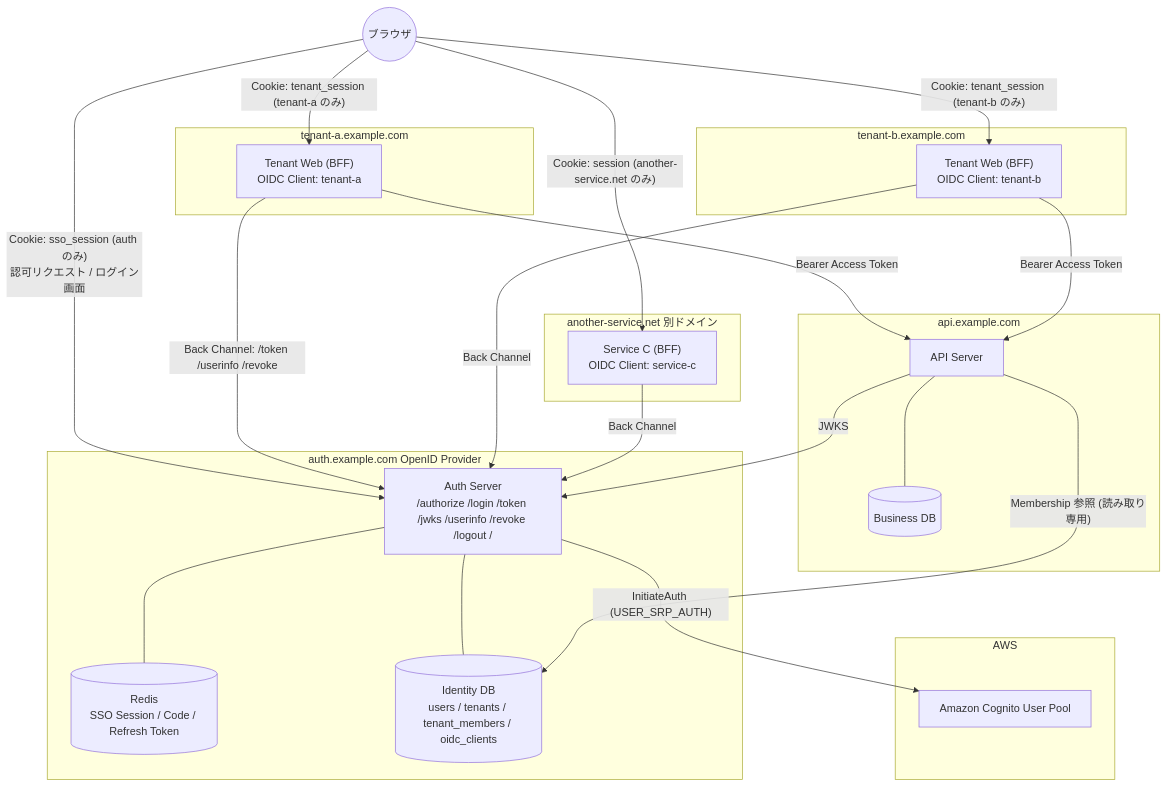
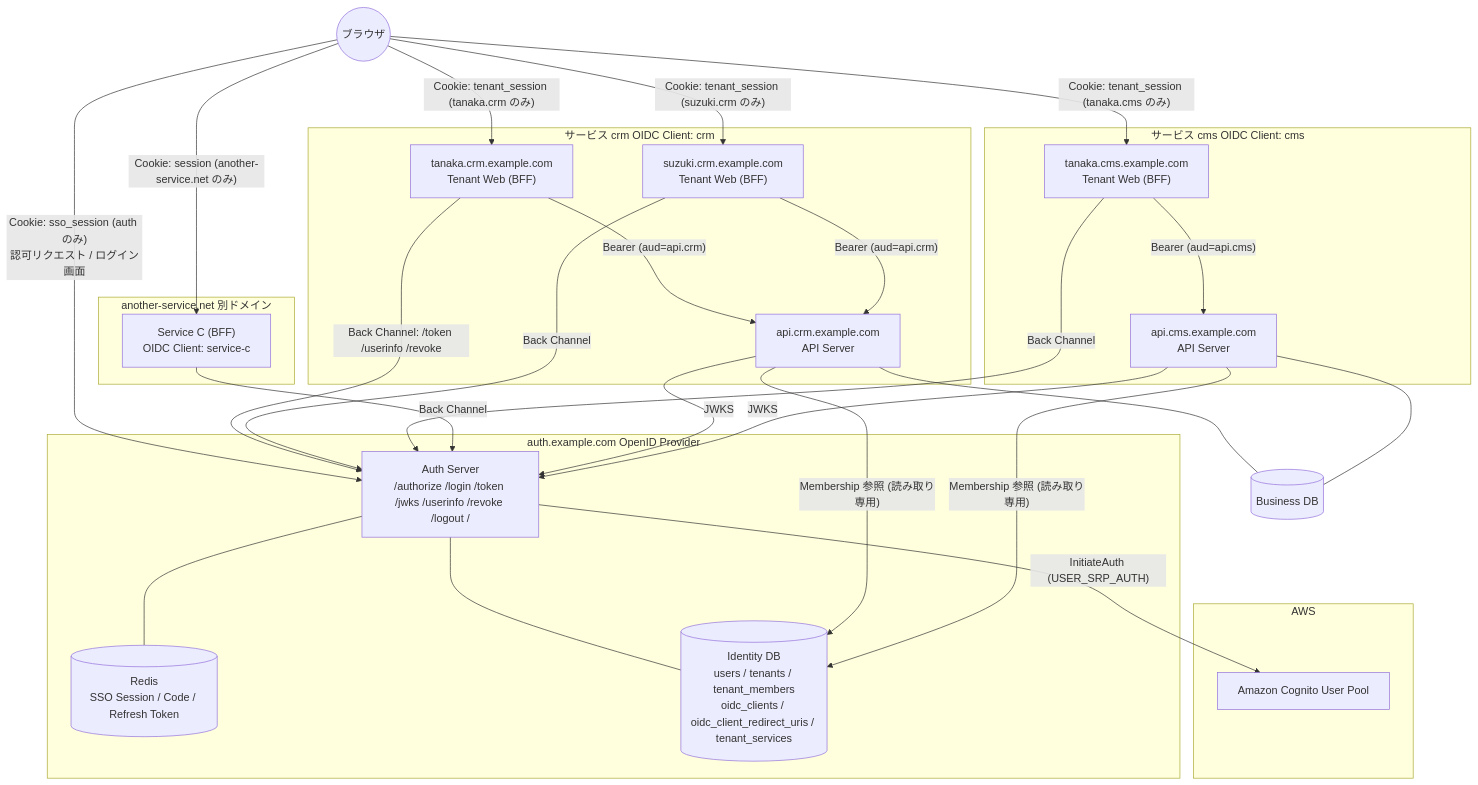
One commit to daisuke-tanabe/multi-domain-sandbox changed the first of 10 diagrams in docs/integration-guide.md. Above: the diagram before and after it, drawn with Mermaid. The commit also changed other lines of this file and 62 other files, not shown here.

First line of the commit message:
refactor: サービス単位の OIDC Client とテナント契約モデルへ再構成

````diff
--- a/docs/integration-guide.md
+++ b/docs/integration-guide.md
@@ -59,44 +72,50 @@
 ```mermaid
 flowchart TB
     User((ブラウザ))
 
     subgraph AWS
         Cognito["Amazon Cognito User Pool"]
     end
 
     subgraph AuthLayer ["auth.example.com  OpenID Provider"]
         Auth["Auth Server<br/>/authorize /login /token /jwks /userinfo /revoke /logout /"]
         SsoStore[("Redis<br/>SSO Session / Code / Refresh Token")]
-        IdDB[("Identity DB<br/>users / tenants / tenant_members / oidc_clients")]
+        IdDB[("Identity DB<br/>users / tenants / tenant_members<br/>oidc_clients / oidc_client_redirect_uris / tenant_services")]
         Auth --- SsoStore
         Auth --- IdDB
     end
 
-    subgraph TenantA ["tenant-a.example.com"]
-        WebA["Tenant Web (BFF)<br/>OIDC Client: tenant-a"]
+    subgraph CRM ["サービス crm  OIDC Client: crm"]
+        WebCrmA["tanaka.crm.example.com<br/>Tenant Web (BFF)"]
+        WebCrmB["suzuki.crm.example.com<br/>Tenant Web (BFF)"]
+        ApiCrm["api.crm.example.com<br/>API Server"]
     end
-    subgraph TenantB ["tenant-b.example.com"]
-        WebB["Tenant Web (BFF)<br/>OIDC Client: tenant-b"]
+    subgraph CMS ["サービス cms  OIDC Client: cms"]
+        WebCmsA["tanaka.cms.example.com<br/>Tenant Web (BFF)"]
+        ApiCms["api.cms.example.com<br/>API Server"]
     end
     subgraph Other ["another-service.net  別ドメイン"]
         WebC["Service C (BFF)<br/>OIDC Client: service-c"]
     end
-    subgraph ApiLayer ["api.example.com"]
-        Api["API Server"]
-        BizDB[("Business DB")]
-        Api --- BizDB
-    end
+    BizDB[("Business DB")]
 
-    User -- "Cookie: tenant_session (tenant-a のみ)" --> WebA
-    User -- "Cookie: tenant_session (tenant-b のみ)" --> WebB
+    User -- "Cookie: tenant_session (tanaka.crm のみ)" --> WebCrmA
+    User -- "Cookie: tenant_session (suzuki.crm のみ)" --> WebCrmB
+    User -- "Cookie: tenant_session (tanaka.cms のみ)" --> WebCmsA
     User -- "Cookie: session (another-service.net のみ)" --> WebC
     User -- "Cookie: sso_session (auth のみ)<br/>認可リクエスト / ログイン画面" --> Auth
     Auth -- "InitiateAuth (USER_SRP_AUTH)" --> Cognito
-    WebA -- "Back Channel: /token /userinfo /revoke" --> Auth
-    WebB -- "Back Channel" --> Auth
+    WebCrmA -- "Back Channel: /token /userinfo /revoke" --> Auth
+    WebCrmB -- "Back Channel" --> Auth
+    WebCmsA -- "Back Channel" --> Auth
     WebC -- "Back Channel" --> Auth
-    WebA -- "Bearer Access Token" --> Api
-    WebB -- "Bearer Access Token" --> Api
-    Api -- "Membership 参照 (読み取り専用)" --> IdDB
-    Api -- "JWKS" --> Auth
+    WebCrmA -- "Bearer (aud=api.crm)" --> ApiCrm
+    WebCrmB -- "Bearer (aud=api.crm)" --> ApiCrm
+    WebCmsA -- "Bearer (aud=api.cms)" --> ApiCms
+    ApiCrm --- BizDB
+    ApiCms --- BizDB
+    ApiCrm -- "Membership 参照 (読み取り専用)" --> IdDB
+    ApiCms -- "Membership 参照 (読み取り専用)" --> IdDB
+    ApiCrm -- "JWKS" --> Auth
+    ApiCms -- "JWKS" --> Auth
 ```
````
